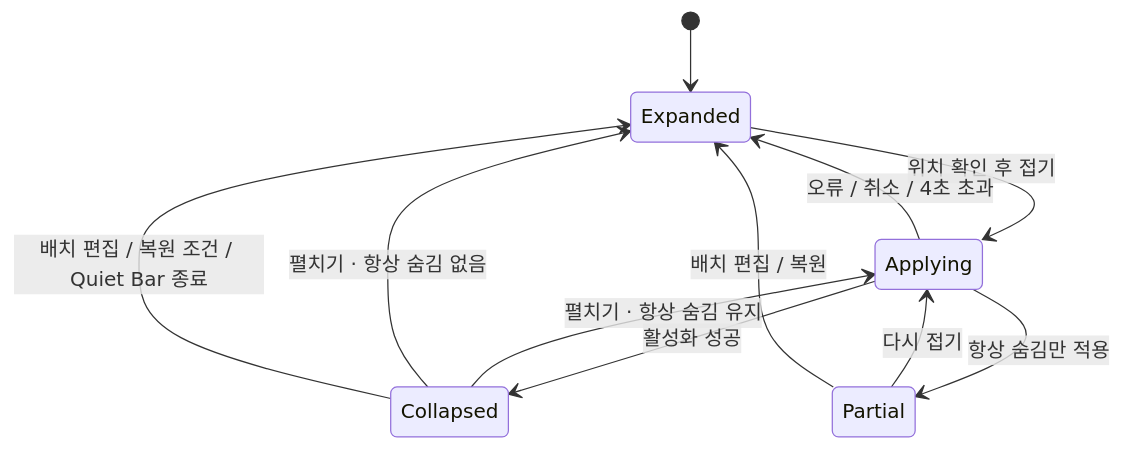
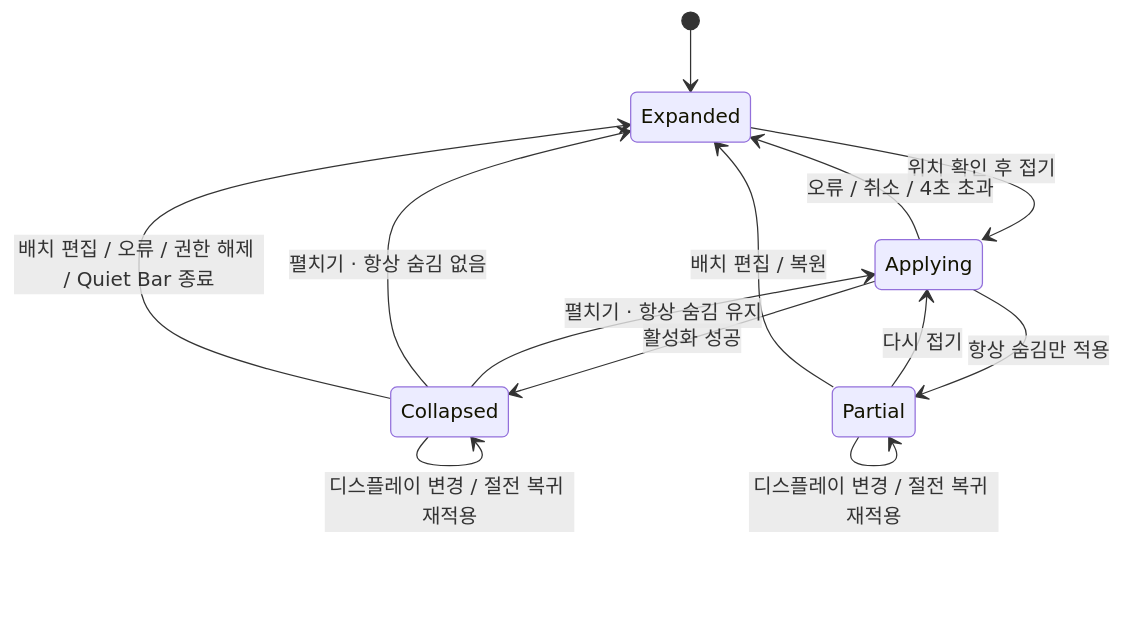
Before and after one commit to etfactory/quite-bar: the diagram in docs/ARCHITECTURE.md, drawn with Mermaid. The commit also changed other lines of this file and 19 other files, not shown here.

````diff
--- a/docs/ARCHITECTURE.md
+++ b/docs/ARCHITECTURE.md
@@ -34,13 +34,15 @@
 ```mermaid
 stateDiagram-v2
     [*] --> Expanded
     Expanded --> Applying: 위치 확인 후 접기
     Applying --> Collapsed: 활성화 성공
     Applying --> Expanded: 오류 / 취소 / 4초 초과
     Collapsed --> Applying: 펼치기 · 항상 숨김 유지
     Applying --> Partial: 항상 숨김만 적용
     Collapsed --> Expanded: 펼치기 · 항상 숨김 없음
     Partial --> Applying: 다시 접기
     Partial --> Expanded: 배치 편집 / 복원
-    Collapsed --> Expanded: 배치 편집 / 복원 조건 / Quiet Bar 종료
+    Collapsed --> Expanded: 배치 편집 / 오류 / 권한 해제 / Quiet Bar 종료
+    Collapsed --> Collapsed: 디스플레이 변경 / 절전 복귀 재적용
+    Partial --> Partial: 디스플레이 변경 / 절전 복귀 재적용
 ```
````
